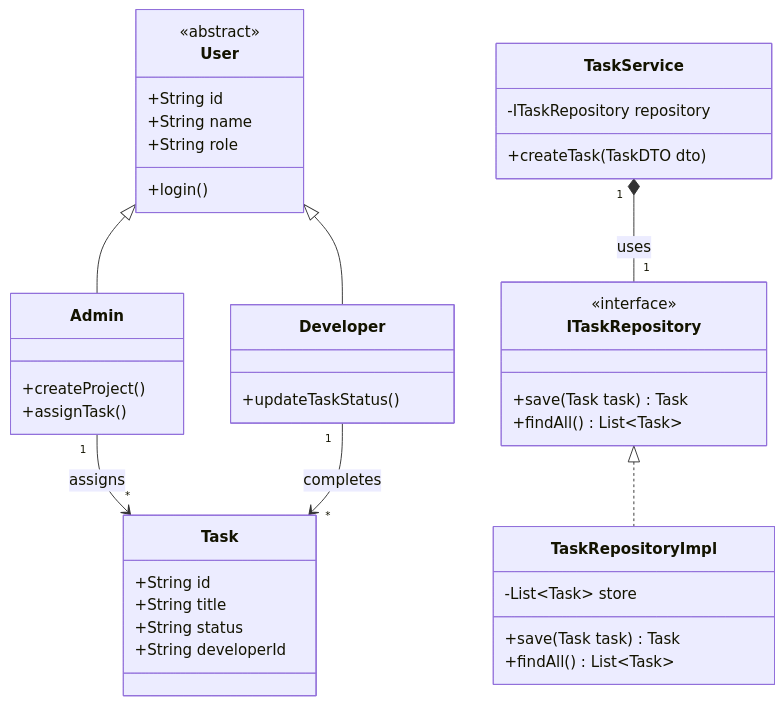
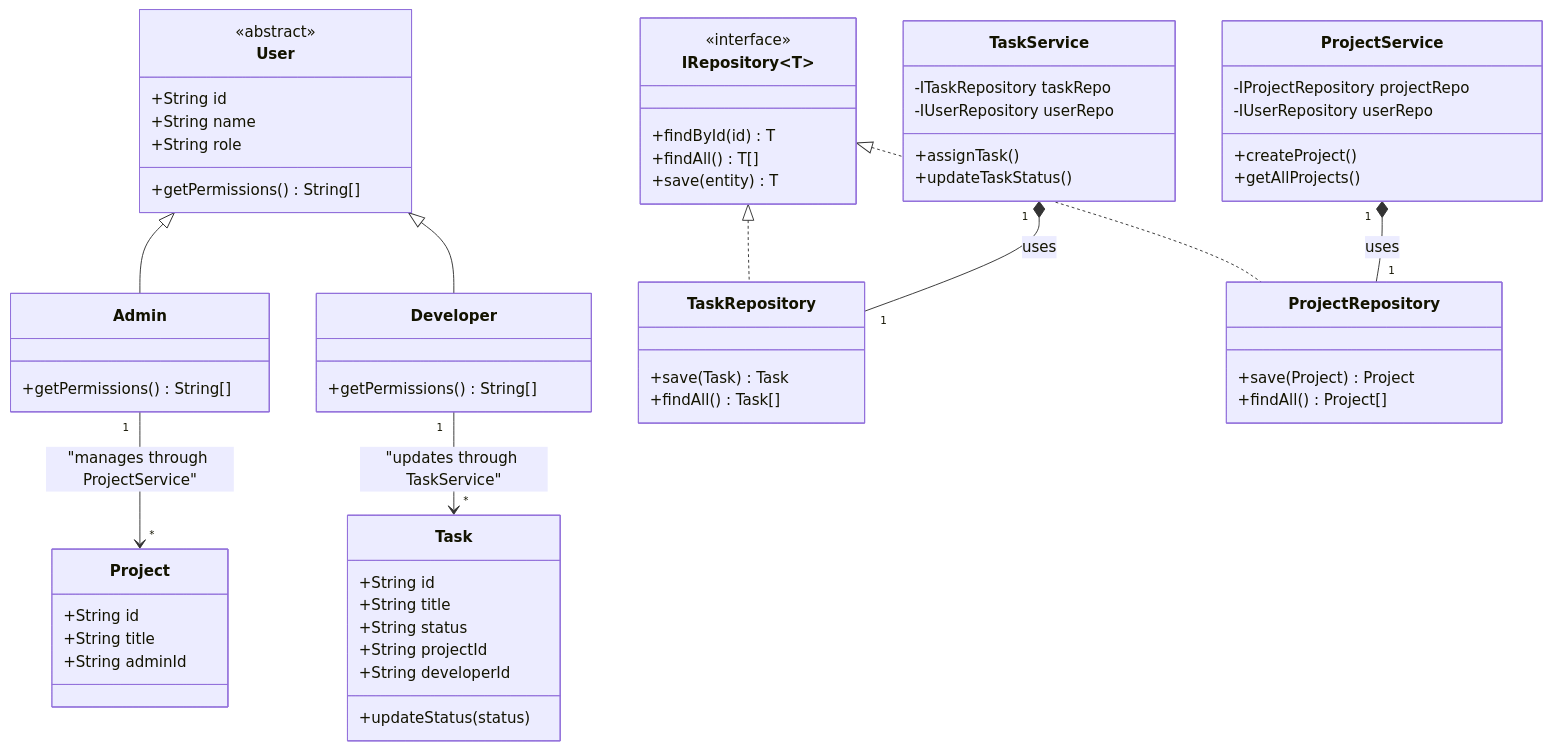
The diagram in classDiagram.md (ayushshukla1807/SESD-Project), drawn with Mermaid before and after one commit. The commit also changed 7 other files, not shown here.

````diff
--- a/classDiagram.md
+++ b/classDiagram.md
@@ -3,51 +3,74 @@
 ```mermaid
 classDiagram
     class User {
         <<abstract>>
         +String id
         +String name
         +String role
-        +login()
+        +getPermissions() String[]
     }
     
     class Admin {
-        +createProject()
-        +assignTask()
+        +getPermissions() String[]
     }
     
     class Developer {
-        +updateTaskStatus()
+        +getPermissions() String[]
     }
 
     User <|-- Admin
     User <|-- Developer
 
     class Task {
         +String id
         +String title
         +String status
+        +String projectId
         +String developerId
+        +updateStatus(status)
     }
 
-    class ITaskRepository {
+    class Project {
+        +String id
+        +String title
+        +String adminId
+    }
+
+    class IRepository~T~ {
         <<interface>>
-        +save(Task task) Task
-        +findAll() List~Task~
+        +findById(id) T
+        +findAll() T[]
+        +save(entity) T
     }
     
-    class TaskRepositoryImpl {
-        -List~Task~ store
-        +save(Task task) Task
-        +findAll() List~Task~
+    class TaskRepository {
+        +save(Task) Task
+        +findAll() Task[]
+    }
+
+    class ProjectRepository {
+        +save(Project) Project
+        +findAll() Project[]
     }
 
     class TaskService {
-        -ITaskRepository repository
-        +createTask(TaskDTO dto)
+        -ITaskRepository taskRepo
+        -IUserRepository userRepo
+        +assignTask()
+        +updateTaskStatus()
     }
 
-    ITaskRepository <|.. TaskRepositoryImpl
-    TaskService "1" *-- "1" ITaskRepository : uses
-    Admin "1" --> "*" Task : assigns
-    Developer "1" --> "*" Task : completes
+    class ProjectService {
+        -IProjectRepository projectRepo
+        -IUserRepository userRepo
+        +createProject()
+        +getAllProjects()
+    }
+
+    IRepository <|.. TaskRepository
+    IRepository <|.. ProjectRepository
+    TaskService "1" *-- "1" TaskRepository : uses
+    ProjectService "1" *-- "1" ProjectRepository : uses
+    Admin "1" --> "*" Project : "manages through ProjectService"
+    Developer "1" --> "*" Task : "updates through TaskService"
 ```
````
